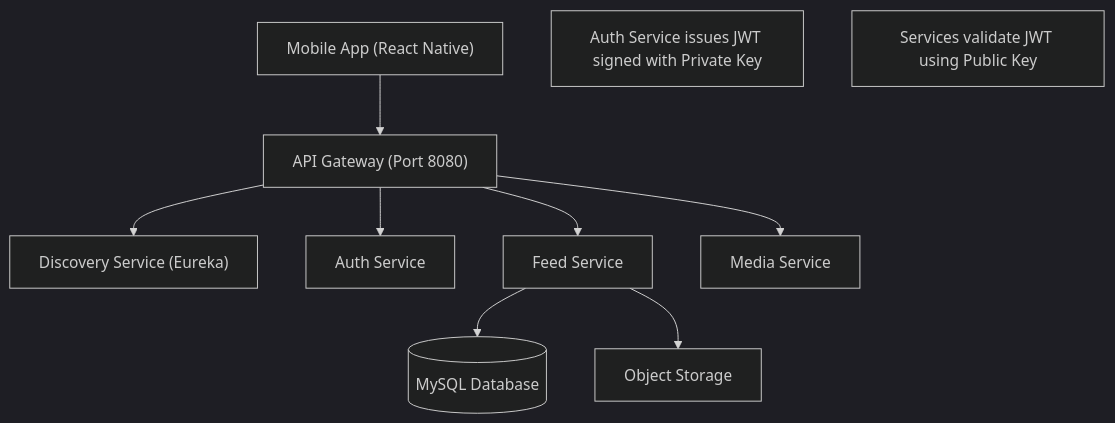
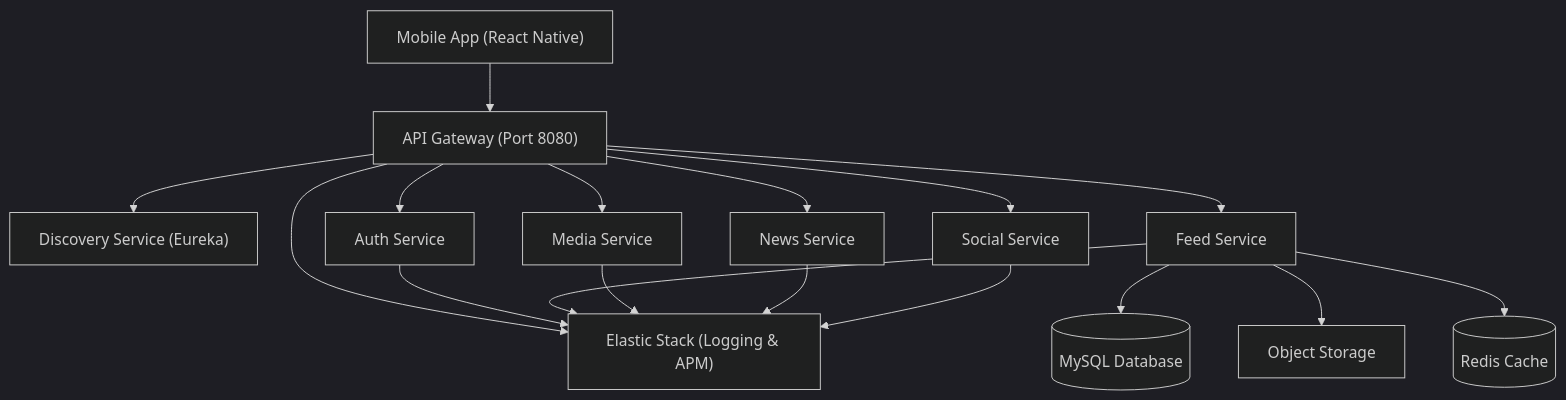
Before and after one commit to Vinayakabhat44/HearYou: the diagram in WALKTHROUGH.md, drawn with Mermaid (dark theme). The commit also changed 45 other files, not shown here.

````diff
--- a/WALKTHROUGH.md
+++ b/WALKTHROUGH.md
@@ -8,14 +8,21 @@
 ```mermaid
 graph TD
     UserApp["Mobile App (React Native)"] --> Gateway["API Gateway (Port 8080)"]
     Gateway --> Discovery["Discovery Service (Eureka)"]
     Gateway --> Auth_Service["Auth Service"]
     Gateway --> Feed_Service["Feed Service"]
     Gateway --> Media_Service["Media Service"]
+    Gateway --> News_Service["News Service"]
+    Gateway --> Social_Service["Social Service"]
     
     Feed_Service --> DB[("MySQL Database")]
     Feed_Service --> ObjectStore["Object Storage"]
+    Feed_Service --> Redis[("Redis Cache")]
     
-    Note1["Auth Service issues JWT signed with Private Key"]
-    Note2["Services validate JWT using Public Key"]
+    Gateway --> ELK["Elastic Stack (Logging & APM)"]
+    Auth_Service --> ELK
+    Feed_Service --> ELK
+    Media_Service --> ELK
+    News_Service --> ELK
+    Social_Service --> ELK
 ```
````
